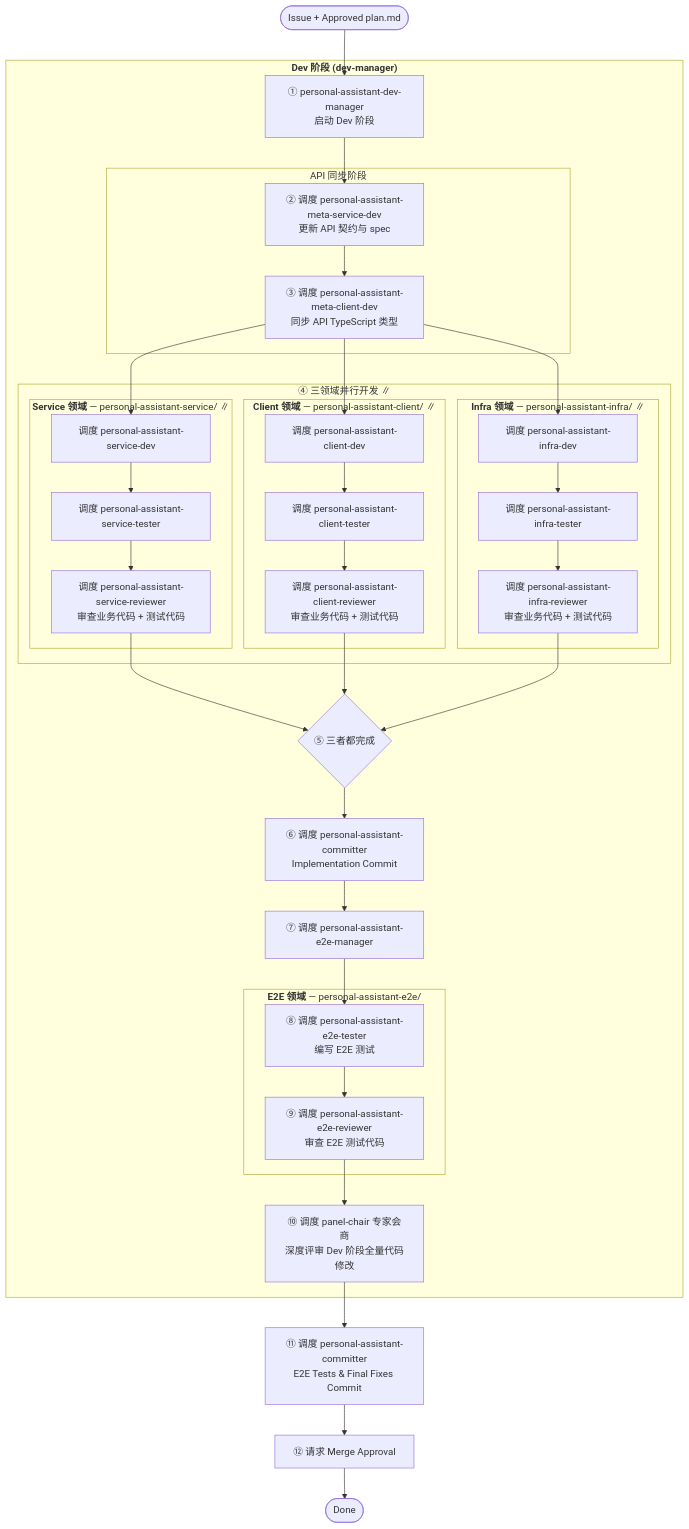
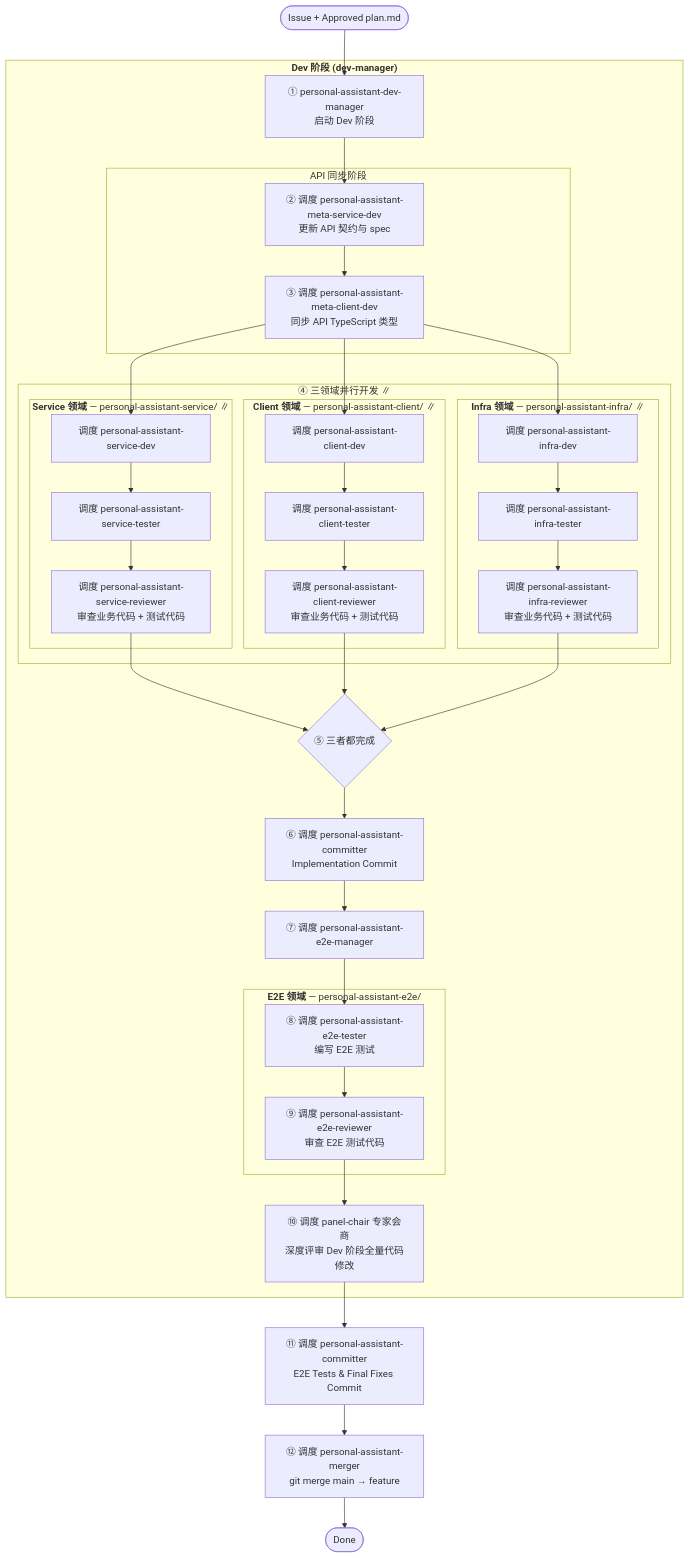
One commit to T-1009/personal-assistant changed the third of 3 diagrams in personal-assistant-meta/architecture/devops/opencode-workflow.md. Above: the diagram before and after it, drawn with Mermaid. The commit also changed other lines of this file and 2 other files, not shown here.

First line of the commit message:
feat: add personal-assistant-merger agent for automated main-to-feature branch merging

````diff
--- a/personal-assistant-meta/architecture/devops/opencode-workflow.md
+++ b/personal-assistant-meta/architecture/devops/opencode-workflow.md
@@ -184,63 +184,63 @@
 ```mermaid
 flowchart TD
     START(["Issue + Approved plan.md"]) --> S5["① personal-assistant-dev-manager<br/>启动 Dev 阶段"]
 
     subgraph DEV_PHASE["<b>Dev 阶段 (dev-manager)</b>"]
         subgraph API_SYNC["API 同步阶段"]
             S6["② 调度 personal-assistant-meta-service-dev<br/>更新 API 契约与 spec"]
             S7["③ 调度 personal-assistant-meta-client-dev<br/>同步 API TypeScript 类型"]
             S6 --> S7
         end
 
         S5 --> S6
 
         subgraph PARALLEL_DEV["④ 三领域并行开发  ∥"]
             subgraph SVC_PHASE["<b>Service 领域</b> — personal-assistant-service/  ∥"]
                 S8A["调度 personal-assistant-service-dev"]
                 S9A["调度 personal-assistant-service-tester"]
                 S10A["调度 personal-assistant-service-reviewer<br/>审查业务代码 + 测试代码"]
                 S8A --> S9A --> S10A
             end
 
             subgraph CLIENT_PHASE["<b>Client 领域</b> — personal-assistant-client/  ∥"]
                 S8B["调度 personal-assistant-client-dev"]
                 S9B["调度 personal-assistant-client-tester"]
                 S10B["调度 personal-assistant-client-reviewer<br/>审查业务代码 + 测试代码"]
                 S8B --> S9B --> S10B
             end
 
             subgraph INFRA_PHASE["<b>Infra 领域</b> — personal-assistant-infra/  ∥"]
                 S8C["调度 personal-assistant-infra-dev"]
                 S9C["调度 personal-assistant-infra-tester"]
                 S10C["调度 personal-assistant-infra-reviewer<br/>审查业务代码 + 测试代码"]
                 S8C --> S9C --> S10C
             end
         end
 
         S7 --> S8A
         S7 --> S8B
         S7 --> S8C
 
         S10A --> JOIN{"⑤ 三者都完成"}
         S10B --> JOIN
         S10C --> JOIN
 
         JOIN --> S11["⑥ 调度 personal-assistant-committer<br/>Implementation Commit"]
 
         S11 --> S12["⑦ 调度 personal-assistant-e2e-manager"]
 
         subgraph E2E_PHASE["<b>E2E 领域</b> — personal-assistant-e2e/"]
             S12A["⑧ 调度 personal-assistant-e2e-tester<br/>编写 E2E 测试"]
             S12B["⑨ 调度 personal-assistant-e2e-reviewer<br/>审查 E2E 测试代码"]
             S12A --> S12B
         end
 
         S12 --> S12A
 
         S12B --> S12C["⑩ 调度 panel-chair 专家会商<br/>深度评审 Dev 阶段全量代码修改"]
     end
 
     S12C --> S13["⑪ 调度 personal-assistant-committer<br/>E2E Tests & Final Fixes Commit"]
-    S13 --> S14_APPROVAL["⑫ 请求 Merge Approval"]
-    S14_APPROVAL --> DONE(["Done"])
+    S13 --> S14_MERGE["⑫ 调度 personal-assistant-merger<br/>git merge main → feature"]
+    S14_MERGE --> DONE(["Done"])
 ```
````
